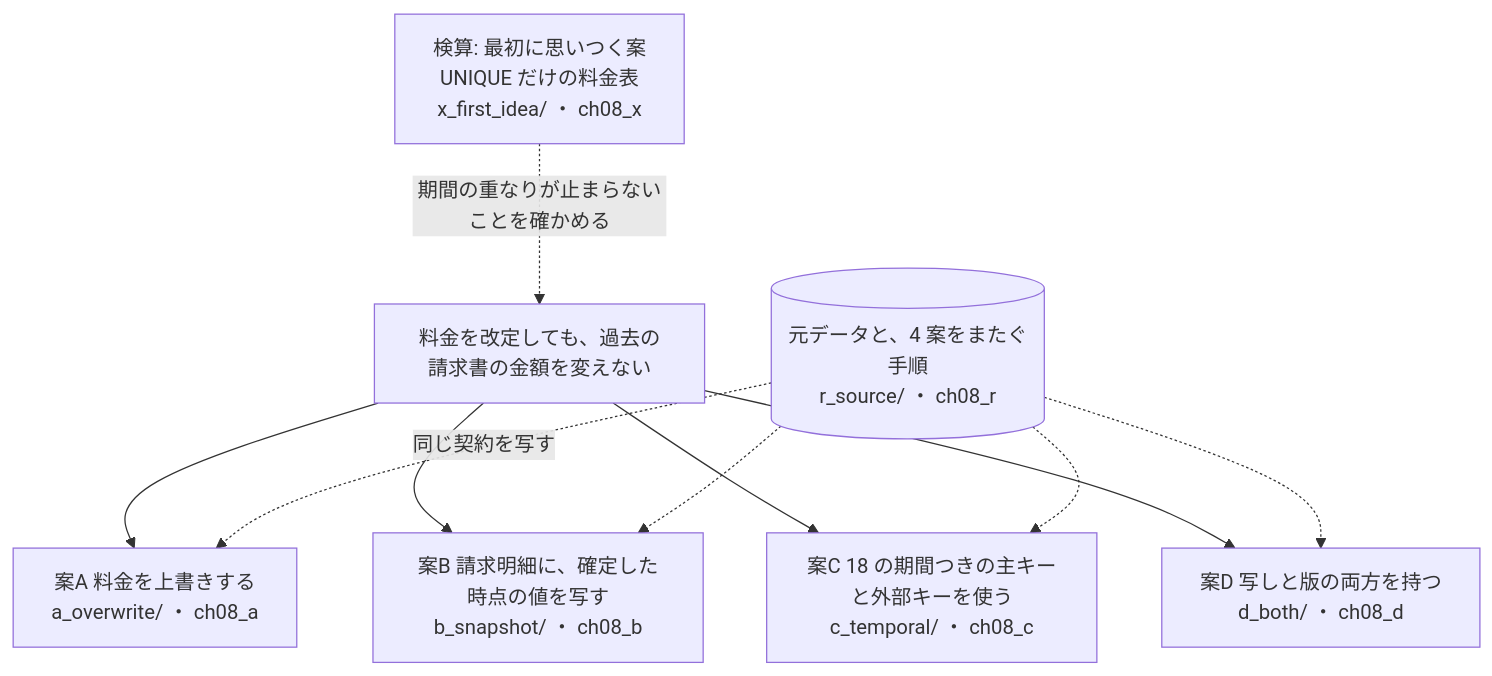
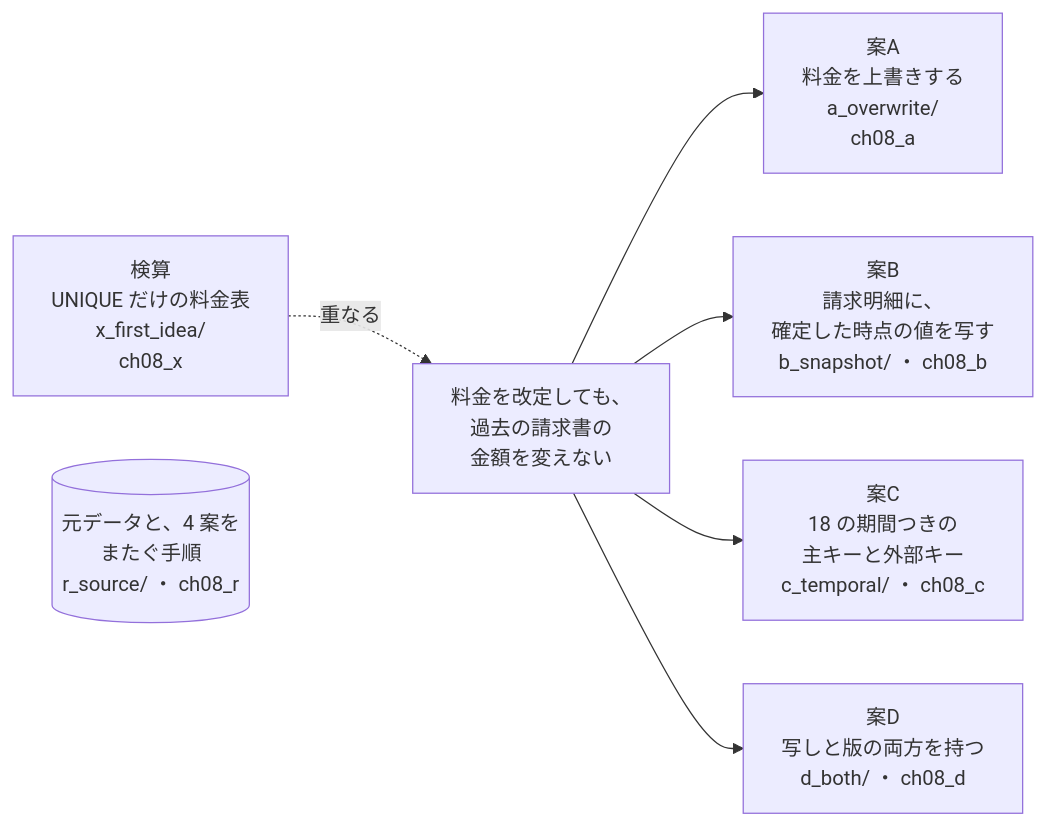
One commit to driftnode986/postgresql-db-design-samples changed the first of 8 diagrams in ch08_subscription_pricing_and_billing/README.md. Above: the diagram before and after it, drawn with Mermaid. The commit also changed other lines of this file and 15 other files, not shown here.

First line of the commit message:
docs: 設計案の構成図を縦並びにし、幅の広い ER 図を分けて、GitHub で縮まない大きさにする

````diff
--- a/ch08_subscription_pricing_and_billing/README.md
+++ b/ch08_subscription_pricing_and_billing/README.md
@@ -15,14 +15,11 @@
 ```mermaid
-flowchart TD
-  Q["料金を改定しても、過去の請求書の金額を変えない"]
-  R[("元データと、4 案をまたぐ手順<br/>r_source/ ・ ch08_r")]
-  Q --> A["案A 料金を上書きする<br/>a_overwrite/ ・ ch08_a"]
-  Q --> B["案B 請求明細に、確定した時点の値を写す<br/>b_snapshot/ ・ ch08_b"]
-  Q --> C["案C 18 の期間つきの主キーと外部キーを使う<br/>c_temporal/ ・ ch08_c"]
-  Q --> D["案D 写しと版の両方を持つ<br/>d_both/ ・ ch08_d"]
-  X["検算: 最初に思いつく案<br/>UNIQUE だけの料金表<br/>x_first_idea/ ・ ch08_x"] -.->|期間の重なりが止まらないことを確かめる| Q
-  R -.->|同じ契約を写す| A
-  R -.-> B
-  R -.-> C
-  R -.-> D
+flowchart LR
+  X["検算<br/>UNIQUE だけの料金表<br/>x_first_idea/<br/>ch08_x"] -.->|重なる| Q
+  Q["料金を改定しても、<br/>過去の請求書の<br/>金額を変えない"]
+  R[("元データと、4 案を<br/>またぐ手順<br/>r_source/ ・ ch08_r")]
+  Q --> A["案A<br/>料金を上書きする<br/>a_overwrite/<br/>ch08_a"]
+  Q --> B["案B<br/>請求明細に、<br/>確定した時点の値を写す<br/>b_snapshot/ ・ ch08_b"]
+  Q --> C["案C<br/>18 の期間つきの<br/>主キーと外部キー<br/>c_temporal/ ・ ch08_c"]
+  Q --> D["案D<br/>写しと版の両方を持つ<br/>d_both/ ・ ch08_d"]
+  R ~~~ Q
 ```
````
